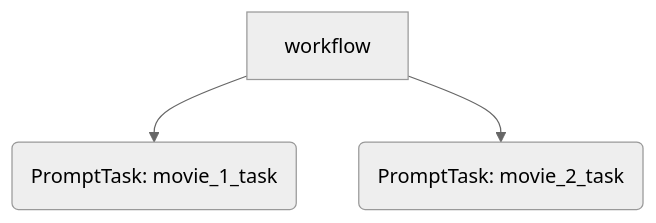
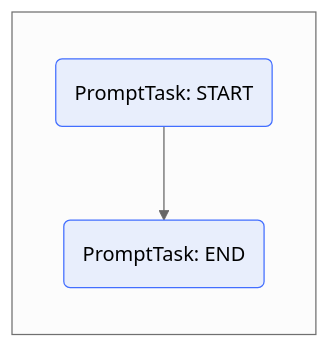
The fourth of 7 diagrams in docs/courses/compare-movies-workflow/03_first_workflow.md (griptape-ai/griptape-trade-school), drawn with Mermaid (neutral theme) before and after one commit. The commit also changed other lines of this file and 6 other files, not shown here.

````diff
--- a/docs/courses/compare-movies-workflow/03_first_workflow.md
+++ b/docs/courses/compare-movies-workflow/03_first_workflow.md
@@ -157,5 +164,9 @@
 ``` mermaid
-graph TB
-    A[workflow] --> B(PromptTask: movie_1_task)
-    A --> C(PromptTask: movie_2_task)
+graph TB 
+    subgraph " "
+        direction TB
+        B(PromptTask: START):::main --> C(PromptTask: END):::main
+    end
+    
+    classDef main fill:#4274ff1a, stroke:#426eff
 ```
````
